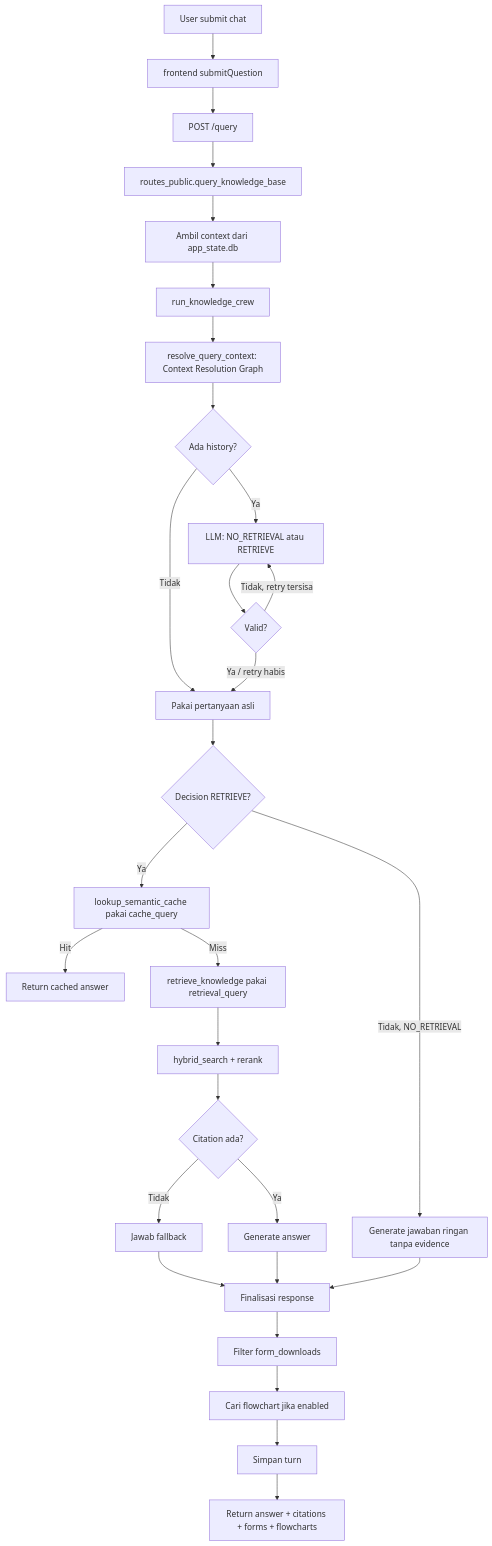
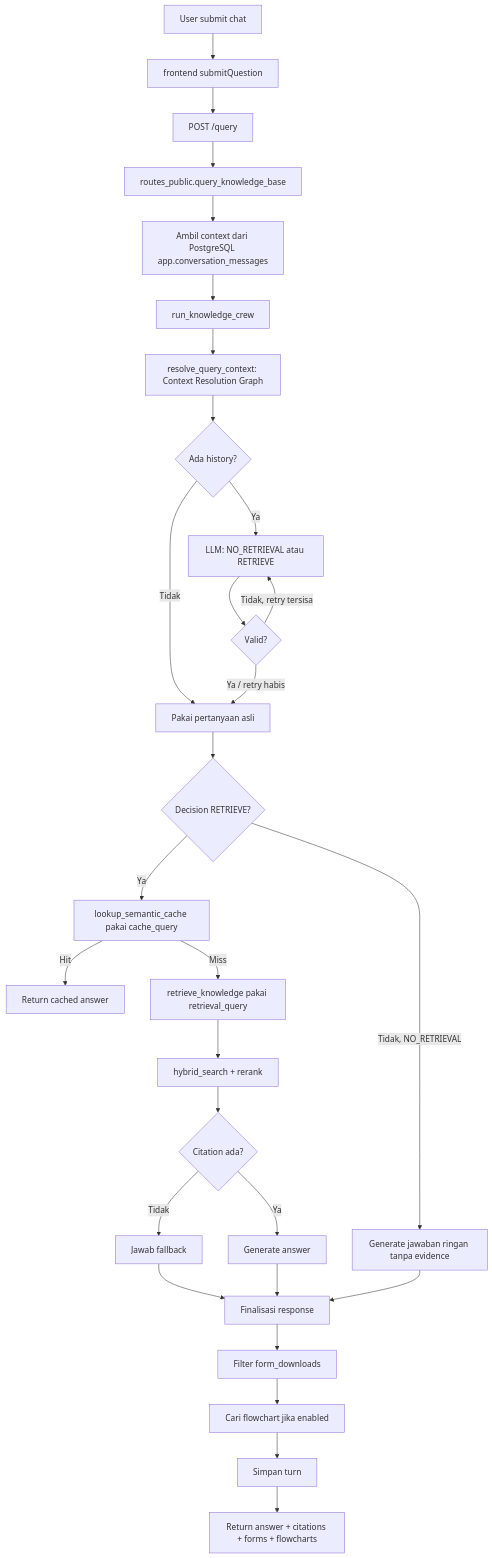
Before and after one commit to Akram17t/Internship: the first of 5 diagrams in Capstone/docs/SYSTEM_FLOWS.md, drawn with Mermaid. The commit also changed other lines of this file and 47 other files, not shown here.

````diff
--- a/Capstone/docs/SYSTEM_FLOWS.md
+++ b/Capstone/docs/SYSTEM_FLOWS.md
@@ -8,31 +8,31 @@
 ```mermaid
 flowchart TD
   A[User submit chat] --> B[frontend submitQuestion]
   B --> C[POST /query]
   C --> D[routes_public.query_knowledge_base]
-  D --> E[Ambil context dari app_state.db]
+  D --> E[Ambil context dari PostgreSQL app.conversation_messages]
   E --> F[run_knowledge_crew]
   F --> G[resolve_query_context: Context Resolution Graph]
   G --> G1{Ada history?}
   G1 -->|Tidak| G4[Pakai pertanyaan asli]
   G1 -->|Ya| G2[LLM: NO_RETRIEVAL atau RETRIEVE]
   G2 --> G3{Valid?}
   G3 -->|Tidak, retry tersisa| G2
   G3 -->|Ya / retry habis| G4
   G4 --> H{Decision RETRIEVE?}
   H -->|Tidak, NO_RETRIEVAL| P2[Generate jawaban ringan tanpa evidence]
   H -->|Ya| J[lookup_semantic_cache pakai cache_query]
   J -->|Hit| K[Return cached answer]
   J -->|Miss| L[retrieve_knowledge pakai retrieval_query]
   L --> M[hybrid_search + rerank]
   M --> N{Citation ada?}
   N -->|Tidak| O[Jawab fallback]
   N -->|Ya| P[Generate answer]
   O --> Q[Finalisasi response]
   P --> Q
   P2 --> Q
   Q --> R[Filter form_downloads]
   R --> S[Cari flowchart jika enabled]
   S --> T[Simpan turn]
   T --> U[Return answer + citations + forms + flowcharts]
 ```
````
